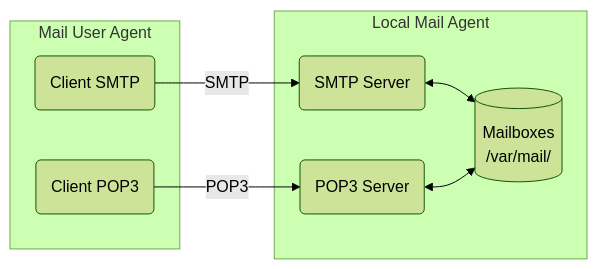
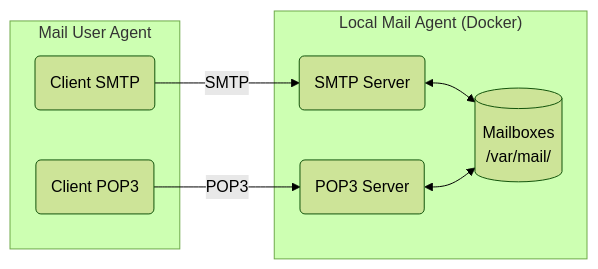
The diagram in README.md (orel33/local-mail-agent), drawn with Mermaid (forest theme) before and after one commit. The commit also changed other lines of this file, not shown here.

Commit message:
minor fix

````diff
--- a/README.md
+++ b/README.md
@@ -48,15 +48,15 @@
 ```mermaid
 flowchart LR;
     subgraph "Mail User Agent"
         SMTPC("Client SMTP");
         POP3C("Client POP3");
     end
-    subgraph "Local Mail Agent"
+    subgraph "Local Mail Agent (Docker)"
         SMTPS("SMTP Server");
         POP3S("POP3 Server");
         MX[("Mailboxes\n /var/mail/")];
     end
     SMTPC-- SMTP --> SMTPS;
     POP3C-- POP3 --> POP3S;
     SMTPS & POP3S <--> MX;
 ```
````
